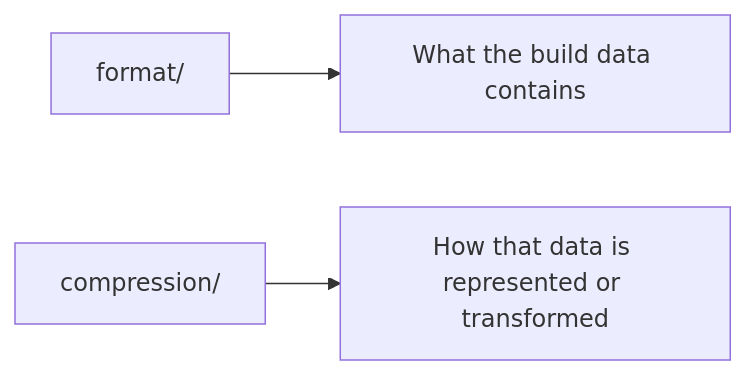
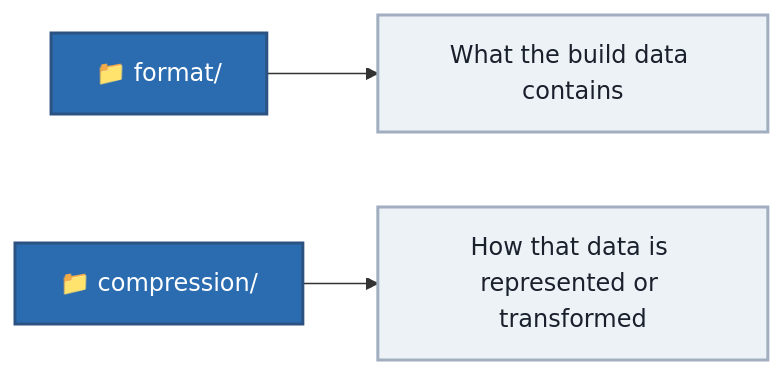
The second of 2 diagrams in compression/overview.md (JuanCrakYT/RtG-Format), drawn with Mermaid before and after one commit. The commit also changed other lines of this file and 5 other files, not shown here.

Commit message:
Mermaid Refresh

````diff
--- a/compression/overview.md
+++ b/compression/overview.md
@@ -107,5 +119,12 @@
 ```mermaid
 flowchart LR
-    A[format/] --> B[What the build data contains]
-    C[compression/] --> D[How that data is represented or transformed]
+
+    A["📁 format/"] --> B["What the build data contains"]
+    C["📁 compression/"] --> D["How that data is represented or transformed"]
+
+    classDef folder fill:#2b6cb0,color:#fff,stroke:#2c5282,stroke-width:2px;
+    classDef description fill:#edf2f7,color:#1a202c,stroke:#a0aec0,stroke-width:2px;
+
+    class A,C folder;
+    class B,D description;
 ```
````
